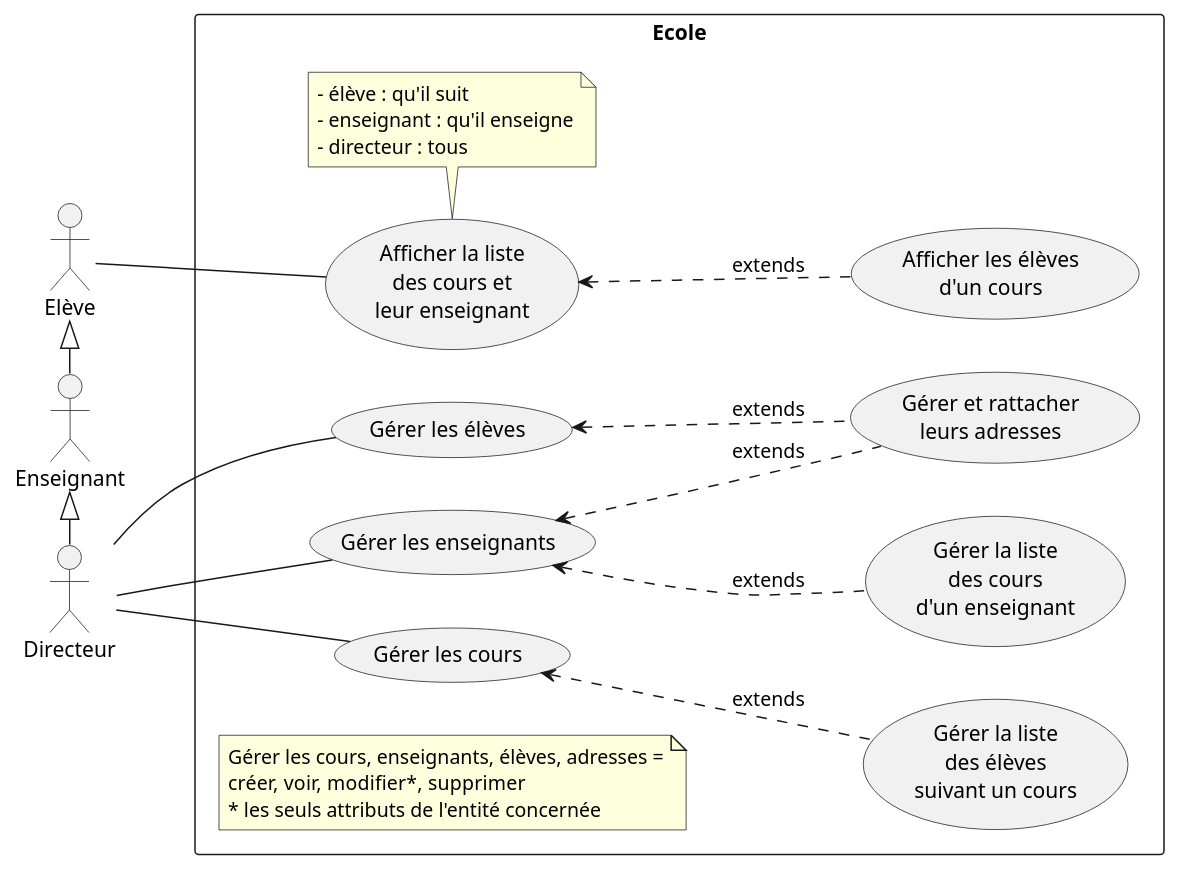
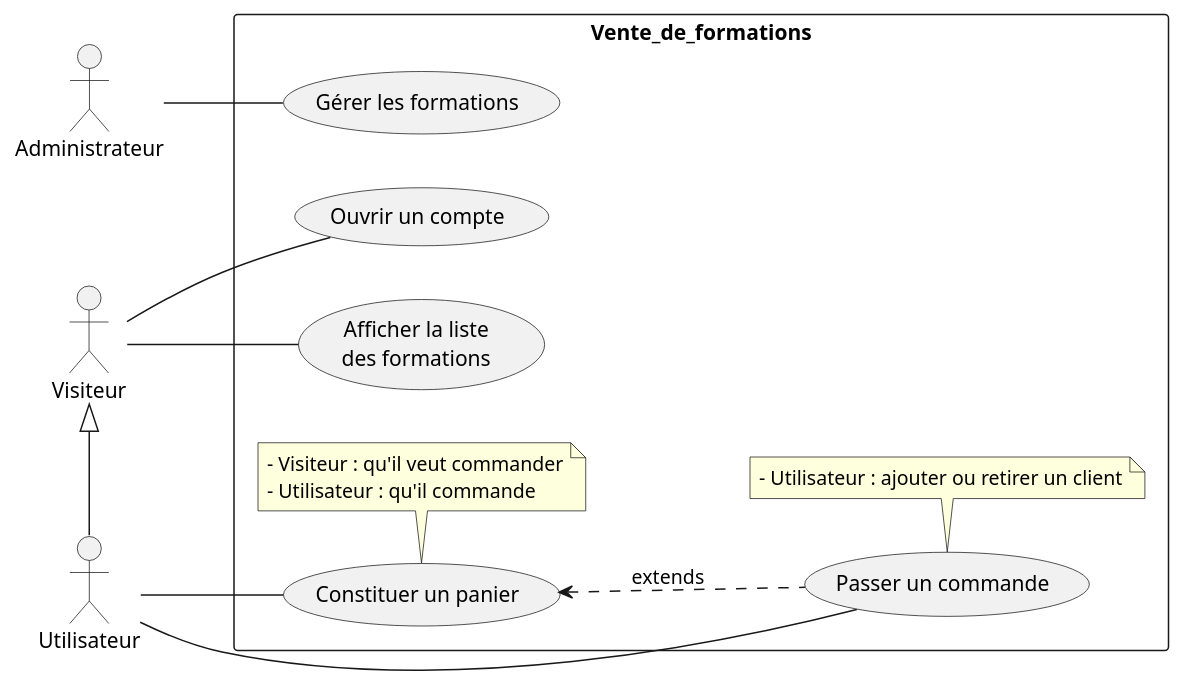
Before and after one commit to albanmartel/evaluation_metier_java: the diagram in doc/uml/1-use_case/training_sales-use_case.puml, drawn with PlantUML.

Commit message:
UPDATE: training_sales-use_case.puml' mise à jour du diagramme de cas d'utilisation pour coller à la demande

```diff
--- a/doc/uml/1-use_case/training_sales-use_case.puml
+++ b/doc/uml/1-use_case/training_sales-use_case.puml
@@ -1,53 +1,59 @@
-@startuml School
+@startuml Training Sales
 
 left to right direction
+/'
+*--------- Les acteurs ---------*
+'/
+actor Visiteur as av
+actor Utilisateur as cu
+actor Administrateur as za
 
-actor Elève as e
-actor Enseignant as p
-actor Directeur as d
+/'
+*--------- L'héritage ---------*
+'/
 
-e <|-right- p
-p <|-right- d
+av <|-right- cu
 
-rectangle Ecole {
-  usecase "Afficher la liste\ndes cours et\nleur enseignant" as UC1
+/'
+*--------- Les Interactions ---------*
+'/
+
+rectangle Vente_de_formations {
+  /'
+	*--------- Les Cas d'utilisation  ---------*
+  '/
+  usecase "Afficher la liste\ndes formations" as UC1
+  usecase "Ouvrir un compte" as UC2
+  usecase "Constituer un panier" as UC3
+  usecase "Passer un commande" as UC4  
+  usecase "Gérer les formations" as UC5
   
-  note bottom of UC1
-  - élève : qu'il suit
-  - enseignant : qu'il enseigne
-  - directeur : tous
-  end note
-
-  note as note_gerer
-  	Gérer les cours, enseignants, élèves, adresses =
-  	créer, voir, modifier*, supprimer
-  	~* les seuls attributs de l'entité concernée
-  end note
+  /'
+  *---------------Les notes et étiquettes ----------*
+  '/
+  note bottom of UC3
+  - Visiteur : qu'il veut commander
+  - Utilisateur : qu'il commande
+  end note  
   
-  usecase "Gérer les cours" as UC2
-  
-  usecase "Gérer la liste\ndes élèves\nsuivant un cours" as UC3
-  UC3 .up.> UC2 : extends
-  
-  usecase "Afficher les élèves\nd'un cours" as UC4
-  UC4 .up.> UC1 : extends
-  
-  usecase "Gérer les enseignants" as UC5
-  
-  usecase "Gérer la liste\ndes cours\nd'un enseignant" as UC6
-  UC6 .up.> UC5 : extends
-  
-  usecase "Gérer les élèves" as UC7
-
-  usecase "Gérer et rattacher\nleurs adresses" as UC8
-  UC8 .up.> UC5 : extends
-  UC8 .up.> UC7 : extends
+  note bottom of UC4
+  - Utilisateur : ajouter ou retirer un client
+  end note  
 }
 
-e -- UC1
+/'
+*--------- Les relations  ---------*
+'/
 
-d -- UC2
-d -- UC5
-d -- UC7
+av -- UC1
+av -- UC2
+cu -- UC3
+cu -- UC4
+za -- UC5
+
+/'
+*--------- Les extends  ---------*
+'/
+UC4 .up.> UC3 : extends
 
 @enduml
```
